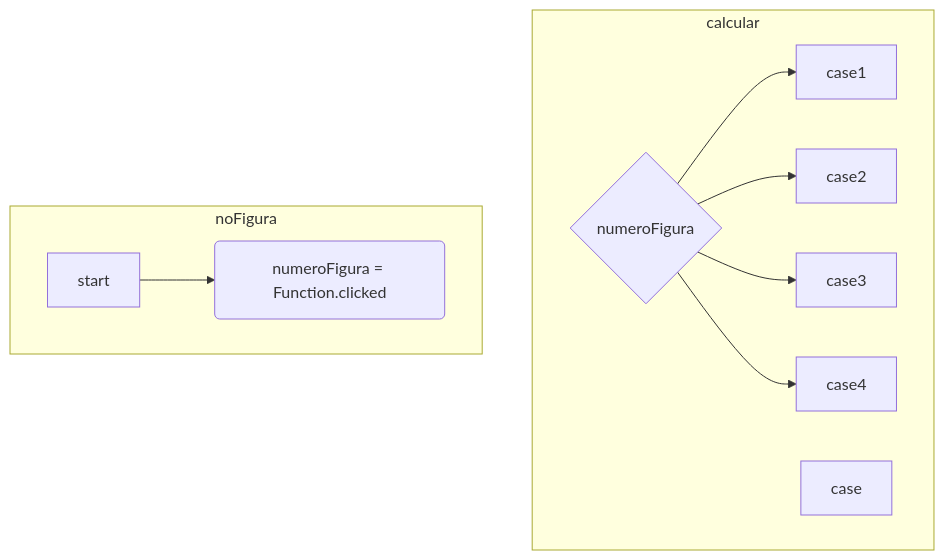
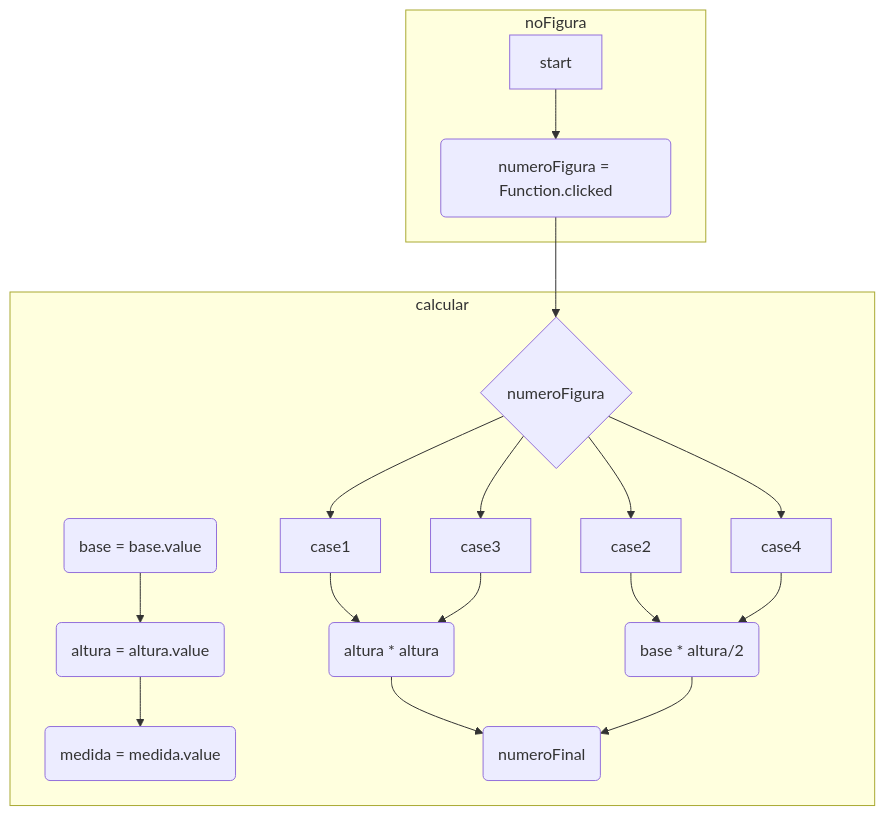
One commit to ingops/TuArea changed the diagram in README.md. Above: the diagram before and after it, drawn with Mermaid.

Commit message:
areas caso

````diff
--- a/README.md
+++ b/README.md
@@ -57,16 +57,23 @@
   ```mermaid
     graph TD;
+
     subgraph calcular
-    
+    base(base = base.value)-->altura(altura = altura.value)
+    altura --> medida(medida = medida.value)
+    medida
     t3{numeroFigura}
-    t3 --> case1
-    t3 --> case2
-    t3 --> case3
-    t3 --> case4
-    case
+    met1(altura * altura)
+    met2(base * altura/2)
+    nF(numeroFinal)
+    t3 --> case1 --> met1 --> nF
+    t3 --> case3 --> met1 
+    t3 --> case2 --> met2 --> nF
+    t3 --> case4 --> met2 
     end
+
     subgraph noFigura
     start --> t1(numeroFigura = Function.clicked)
+    t1 --> t3
     end
     
 ``` 
````
